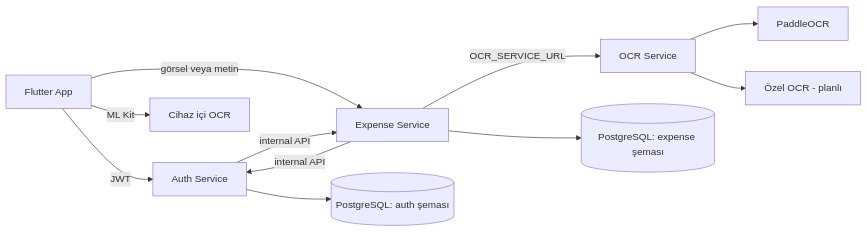
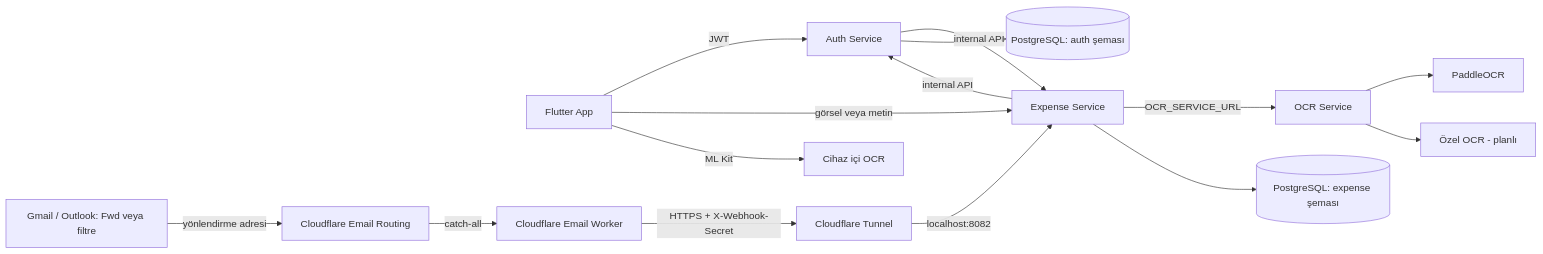
The diagram in ROADMAP.md (Mustafayildiiz/Fissio), drawn with Mermaid before and after one commit. The commit also changed other lines of this file and 3 other files, not shown here.

Commit message:
docs: add cloudflare email worker documentation and update architecture diagram and guides

````diff
--- a/ROADMAP.md
+++ b/ROADMAP.md
@@ -8,13 +8,17 @@
 ```mermaid
 flowchart LR
   A[Flutter App] -->|JWT| B[Auth Service]
   A -->|görsel veya metin| C[Expense Service]
   A -->|ML Kit| M[Cihaz içi OCR]
   C -->|OCR_SERVICE_URL| E[OCR Service]
   E --> P[PaddleOCR]
   E --> Q[Özel OCR - planlı]
   B -->|internal API| C
   C -->|internal API| B
   B --> D[(PostgreSQL: auth şeması)]
   C --> D2[(PostgreSQL: expense şeması)]
+  G[Gmail / Outlook: Fwd veya filtre] -->|yönlendirme adresi| R[Cloudflare Email Routing]
+  R -->|catch-all| W[Cloudflare Email Worker]
+  W -->|HTTPS + X-Webhook-Secret| T[Cloudflare Tunnel]
+  T -->|localhost:8082| C
 ```
````
